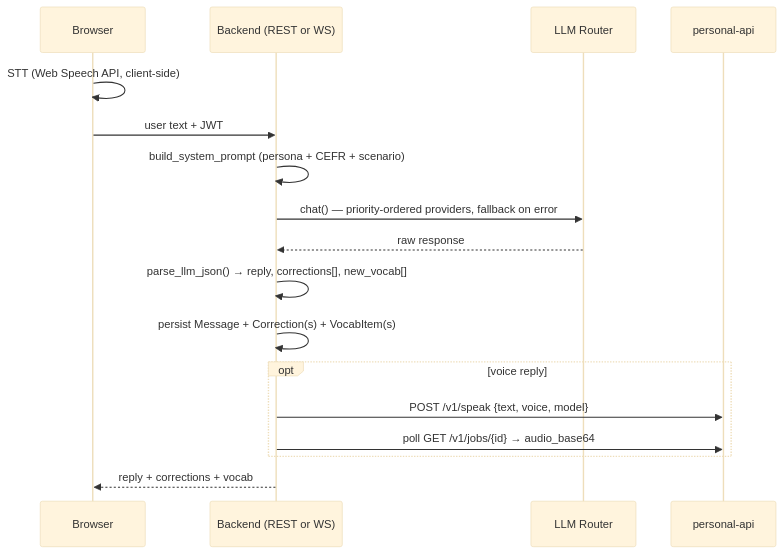
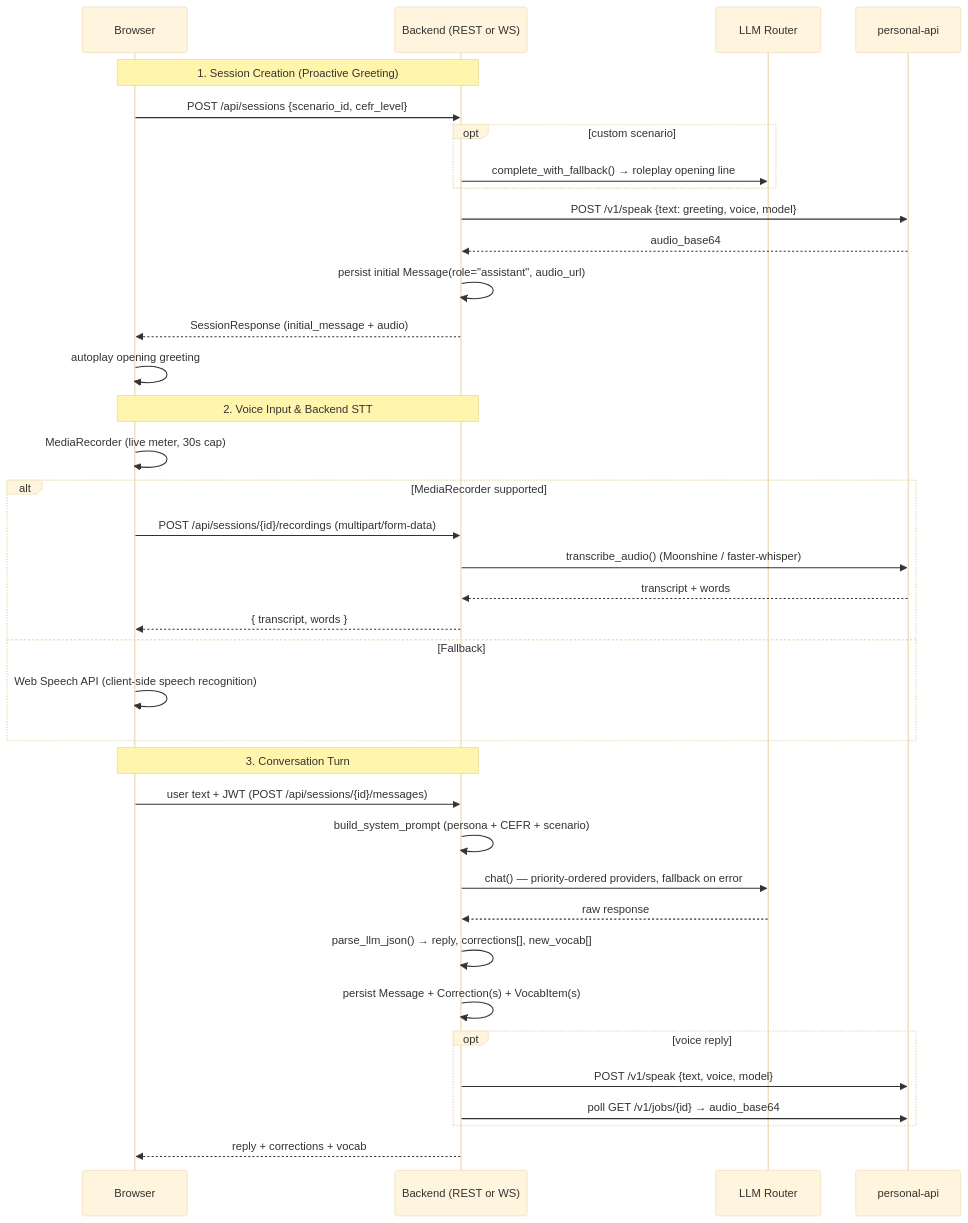
Before and after one commit to dahch/english-forge: the second of 4 diagrams in DESIGN.md, drawn with Mermaid (base theme). The commit also changed other lines of this file and 1 other file, not shown here.

Commit message:
docs: update conversation flow and voice documentation in README and DESIGN

````diff
--- a/DESIGN.md
+++ b/DESIGN.md
@@ -57,20 +57,42 @@
 ```mermaid
 sequenceDiagram
     participant B as Browser
     participant API as Backend (REST or WS)
     participant L as LLM Router
     participant PA as personal-api
 
-    B->>B: STT (Web Speech API, client-side)
-    B->>API: user text + JWT
+    Note over B,API: 1. Session Creation (Proactive Greeting)
+    B->>API: POST /api/sessions {scenario_id, cefr_level}
+    opt custom scenario
+        API->>L: complete_with_fallback() → roleplay opening line
+    end
+    API->>PA: POST /v1/speak {text: greeting, voice, model}
+    PA-->>API: audio_base64
+    API->>API: persist initial Message(role="assistant", audio_url)
+    API-->>B: SessionResponse (initial_message + audio)
+    B->>B: autoplay opening greeting
+
+    Note over B,API: 2. Voice Input & Backend STT
+    B->>B: MediaRecorder (live meter, 30s cap)
+    alt MediaRecorder supported
+        B->>API: POST /api/sessions/{id}/recordings (multipart/form-data)
+        API->>PA: transcribe_audio() (Moonshine / faster-whisper)
+        PA-->>API: transcript + words
+        API-->>B: { transcript, words }
+    else Fallback
+        B->>B: Web Speech API (client-side speech recognition)
+    end
+
+    Note over B,API: 3. Conversation Turn
+    B->>API: user text + JWT (POST /api/sessions/{id}/messages)
     API->>API: build_system_prompt (persona + CEFR + scenario)
     API->>L: chat() — priority-ordered providers, fallback on error
     L-->>API: raw response
     API->>API: parse_llm_json() → reply, corrections[], new_vocab[]
     API->>API: persist Message + Correction(s) + VocabItem(s)
     opt voice reply
         API->>PA: POST /v1/speak {text, voice, model}
         API->>PA: poll GET /v1/jobs/{id} → audio_base64
     end
     API-->>B: reply + corrections + vocab
 ```
````
